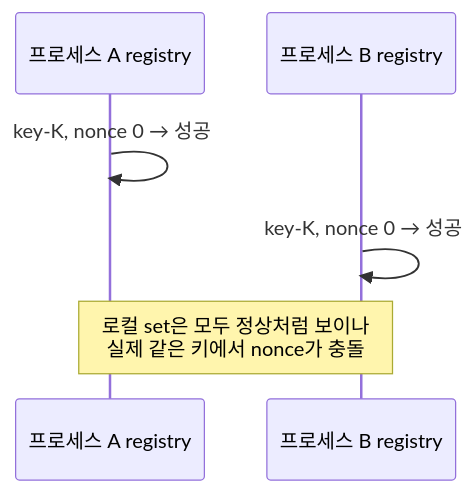
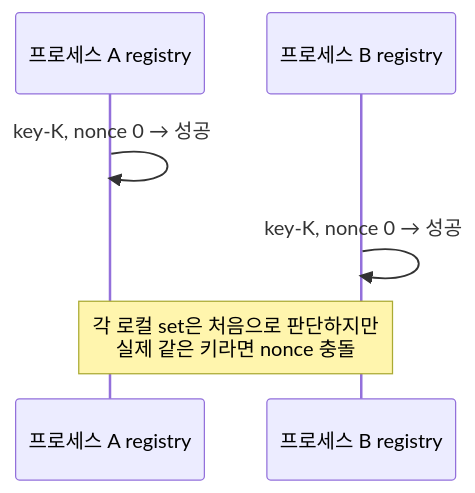
One commit to mj006648/netai-devsecops-runbook changed the second of 2 diagrams in learning/security-cryptography/13-local-models.md. Above: the diagram before and after it, drawn with Mermaid. The commit also changed other lines of this file and 62 other files, not shown here.

````diff
--- a/learning/security-cryptography/13-local-models.md
+++ b/learning/security-cryptography/13-local-models.md
@@ -76,8 +119,8 @@
 ```mermaid
 sequenceDiagram
     participant A as 프로세스 A registry
     participant B as 프로세스 B registry
     A->>A: key-K, nonce 0 → 성공
     B->>B: key-K, nonce 0 → 성공
-    Note over A,B: 로컬 set은 모두 정상처럼 보이나<br/>실제 같은 키에서 nonce가 충돌
+    Note over A,B: 각 로컬 set은 처음으로 판단하지만<br/>실제 같은 키라면 nonce 충돌
 ```
````
